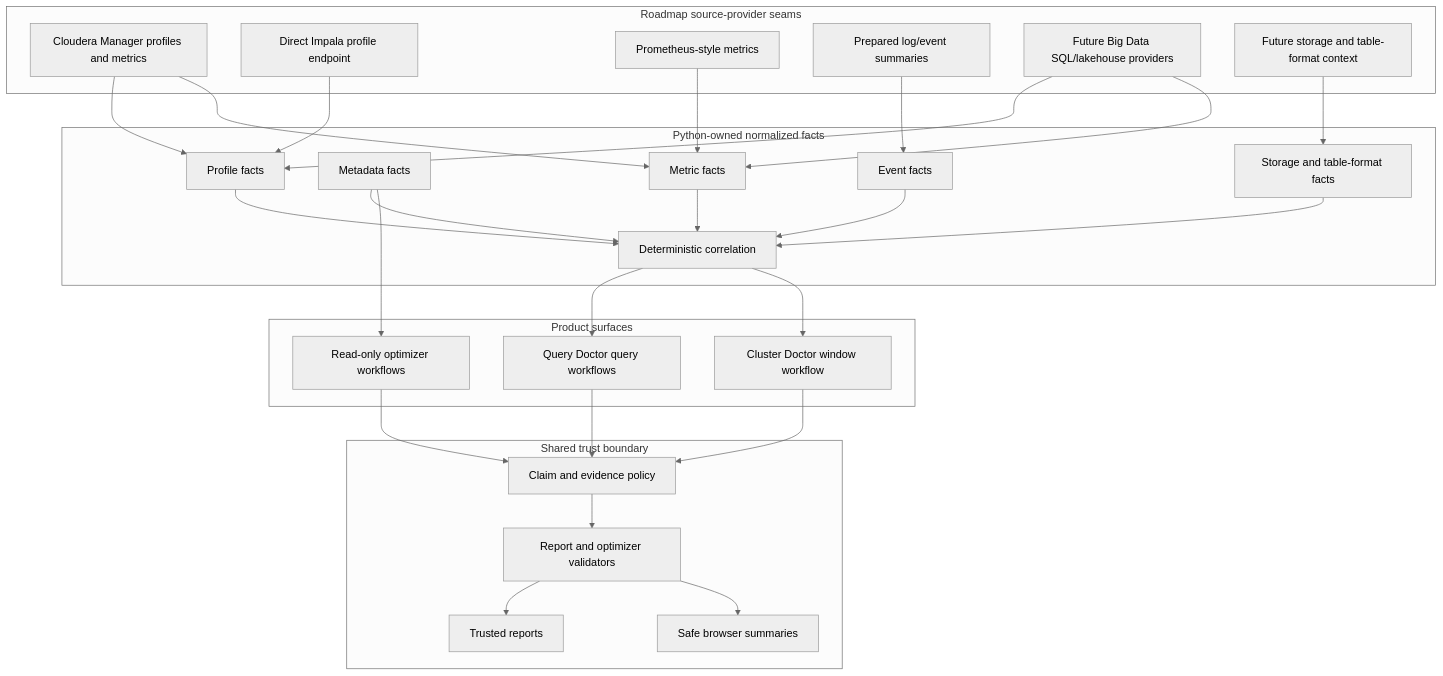
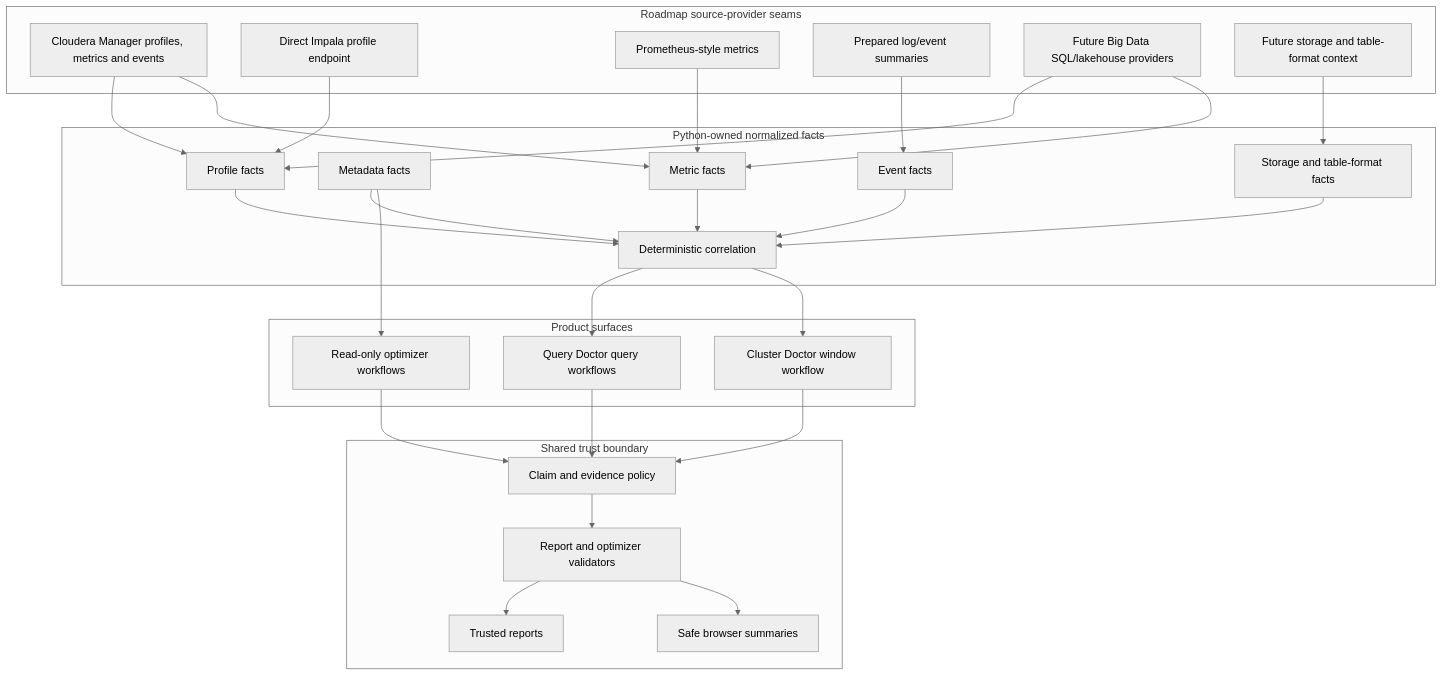
The second of 2 diagrams in docs/architecture.md (alexandrefimov/Query-Doctor), drawn with Mermaid (neutral theme) before and after one commit. The commit also changed other lines of this file and 10 other files, not shown here.

````diff
--- a/docs/architecture.md
+++ b/docs/architecture.md
@@ -83,56 +87,56 @@
 ```mermaid
 flowchart TD
     subgraph Providers["Roadmap source-provider seams"]
-        CMProvider[Cloudera Manager profiles and metrics]
+        CMProvider[Cloudera Manager profiles, metrics and events]
         ImpalaDaemon[Direct Impala profile endpoint]
         PromProvider[Prometheus-style metrics]
         EventProvider[Prepared log/event summaries]
         LakehouseProvider[Future Big Data SQL/lakehouse providers]
         StorageProvider[Future storage and table-format context]
     end
 
     subgraph Normalized["Python-owned normalized facts"]
         ProfileFacts[Profile facts]
         MetadataFacts[Metadata facts]
         StorageFacts[Storage and table-format facts]
         MetricFacts[Metric facts]
         EventFacts[Event facts]
         Correlation[Deterministic correlation]
     end
 
     subgraph Products["Product surfaces"]
         QueryDoctor[Query Doctor query workflows]
         ClusterDoctor[Cluster Doctor window workflow]
         OptimizerSurface[Read-only optimizer workflows]
     end
 
     subgraph TrustBoundary["Shared trust boundary"]
         ClaimRegistry[Claim and evidence policy]
         Validators[Report and optimizer validators]
         Reports[Trusted reports]
         Browser[Safe browser summaries]
     end
 
     CMProvider --> ProfileFacts
     CMProvider --> MetricFacts
     ImpalaDaemon --> ProfileFacts
     PromProvider --> MetricFacts
     EventProvider --> EventFacts
     LakehouseProvider --> ProfileFacts
     LakehouseProvider --> MetricFacts
     StorageProvider --> StorageFacts
     ProfileFacts --> Correlation
     MetadataFacts --> Correlation
     StorageFacts --> Correlation
     MetricFacts --> Correlation
     EventFacts --> Correlation
     Correlation --> QueryDoctor
     Correlation --> ClusterDoctor
     MetadataFacts --> OptimizerSurface
     QueryDoctor --> ClaimRegistry
     ClusterDoctor --> ClaimRegistry
     OptimizerSurface --> ClaimRegistry
     ClaimRegistry --> Validators
     Validators --> Reports
     Validators --> Browser
 ```
````
